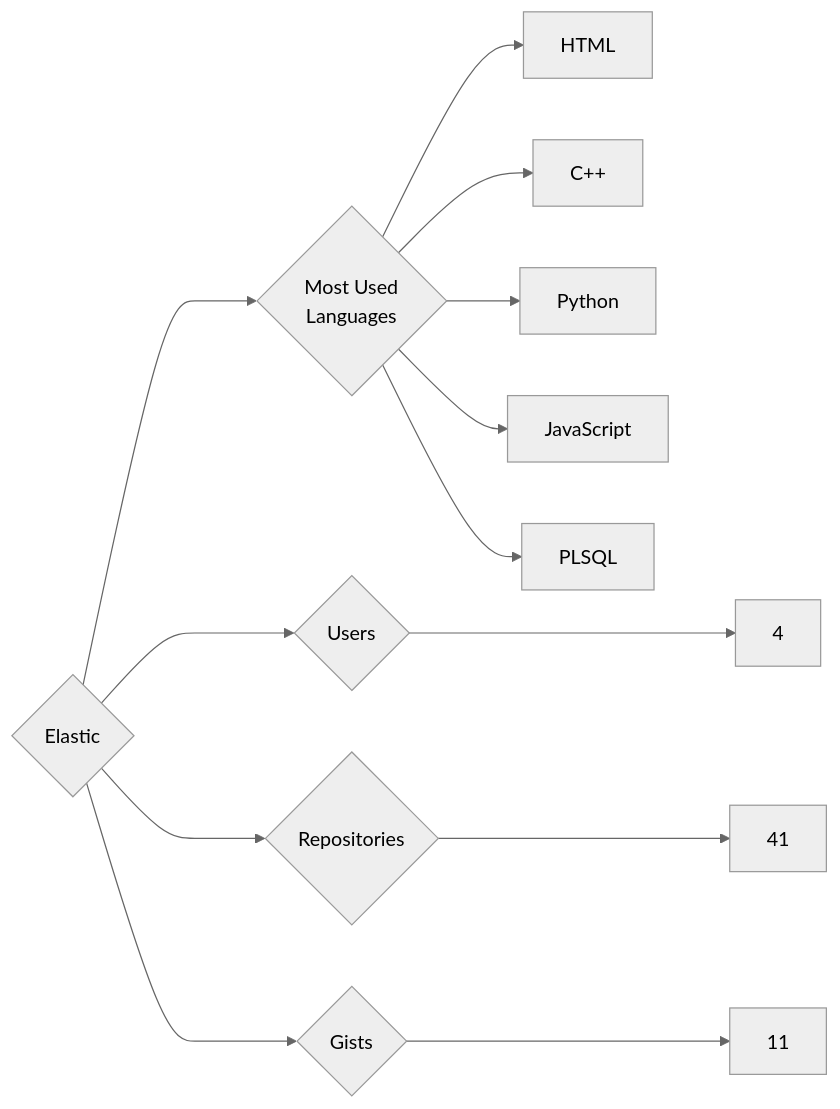
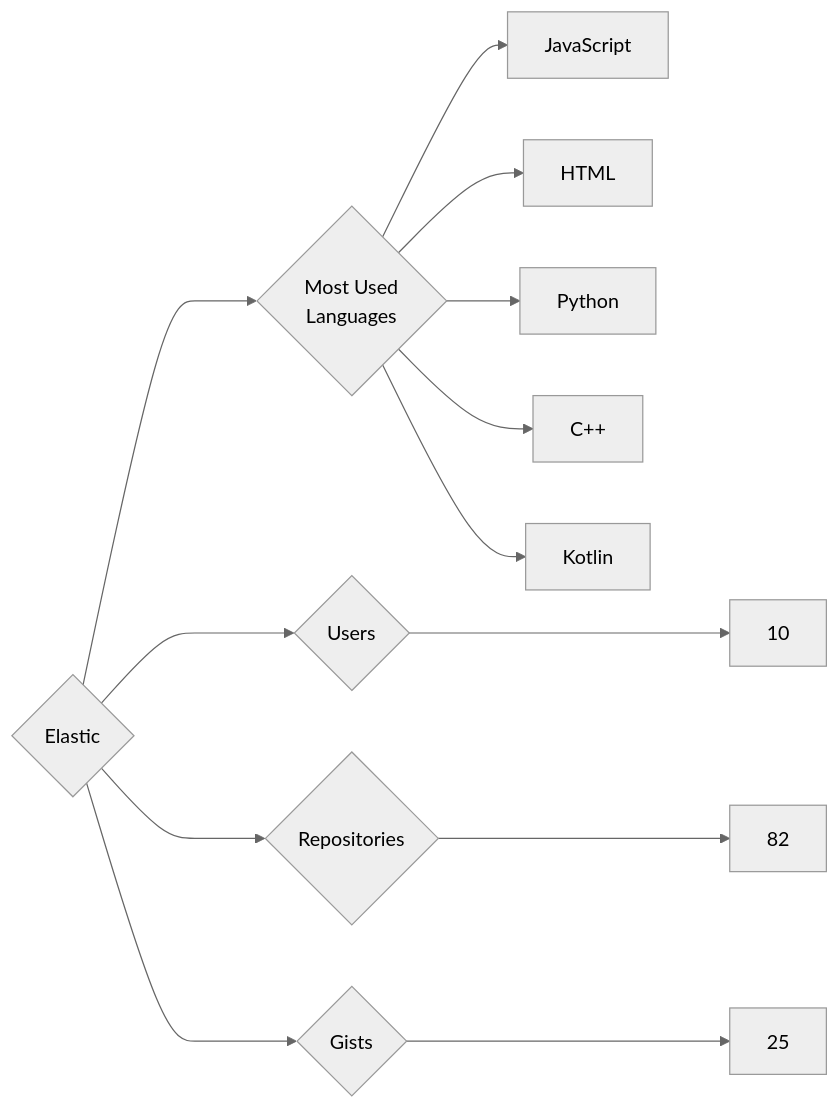
The diagram in targets/Elastic/README.md (trickest/insiders), drawn with Mermaid (neutral theme) before and after one commit. The commit also changed 1055 other files, not shown here.

````diff
--- a/targets/Elastic/README.md
+++ b/targets/Elastic/README.md
@@ -3,13 +3,13 @@
 ```mermaid
 graph LR
 COMPANY_NAME{Elastic}
-COMPANY_NAME ---> U{Users} ---> UN[4]
-COMPANY_NAME ---> R{Repositories} ---> RN[41]
-COMPANY_NAME ---> G{Gists} ---> GN[11]
+COMPANY_NAME ---> U{Users} ---> UN[10]
+COMPANY_NAME ---> R{Repositories} ---> RN[82]
+COMPANY_NAME ---> G{Gists} ---> GN[25]
 COMPANY_NAME ---> ML{Most Used<br>Languages}
+ML --> JavaScript[JavaScript]
 ML --> HTML[HTML]
+ML --> Python[Python]
 ML --> C++[C++]
-ML --> Python[Python]
-ML --> JavaScript[JavaScript]
-ML --> PLSQL[PLSQL]
+ML --> Kotlin[Kotlin]
 ```
````
